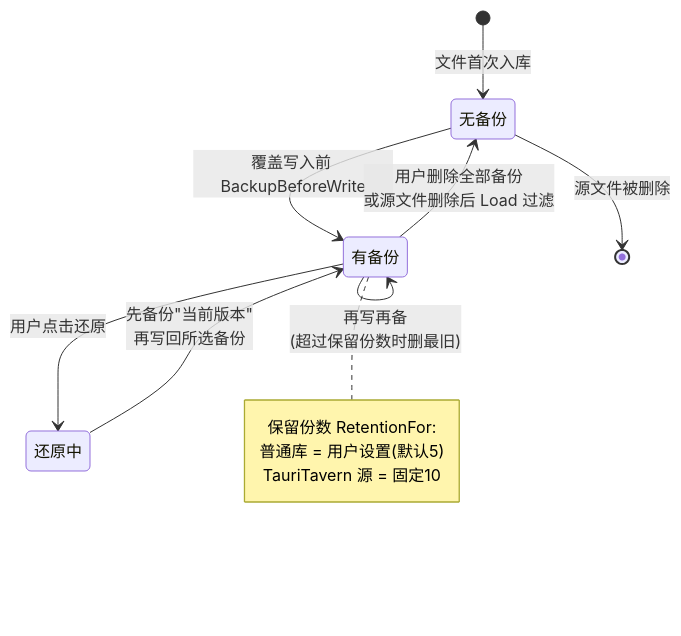
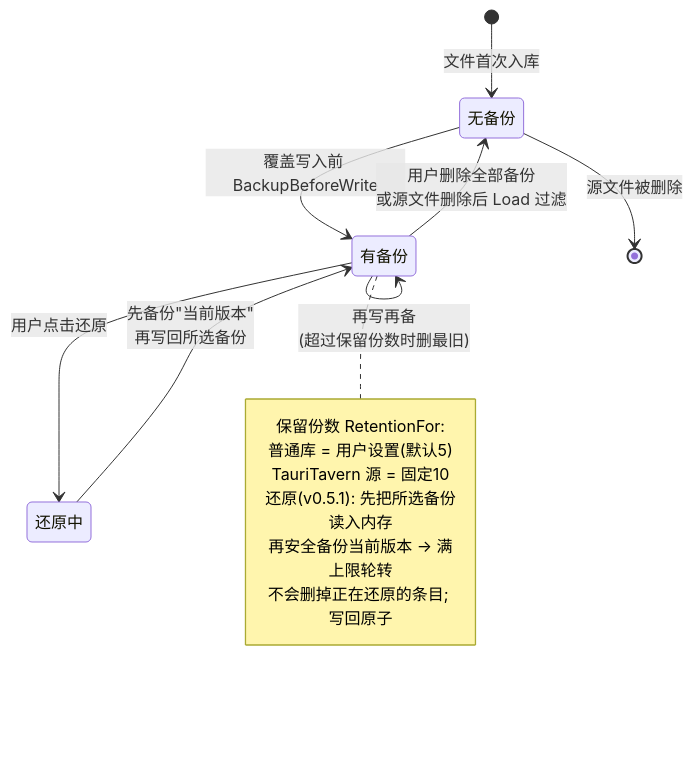
Before and after one commit to minekurs53-cmd/TavernVault: the fifth of 12 diagrams in docs/architecture-visualization.md, drawn with Mermaid. The commit also changed other lines of this file and 20 other files, not shown here.

````diff
--- a/docs/architecture-visualization.md
+++ b/docs/architecture-visualization.md
@@ -132,16 +135,19 @@
 ```mermaid
 stateDiagram-v2
     [*] --> 无备份: 文件首次入库
     无备份 --> 有备份: 覆盖写入前 BackupBeforeWrite
     有备份 --> 有备份: 再写再备<br/>(超过保留份数时删最旧)
     有备份 --> 还原中: 用户点击还原
     还原中 --> 有备份: 先备份"当前版本"<br/>再写回所选备份
     有备份 --> 无备份: 用户删除全部备份<br/>或源文件删除后 Load 过滤
     无备份 --> [*]: 源文件被删除
 
     note right of 有备份
         保留份数 RetentionFor:
         普通库 = 用户设置(默认5)
         TauriTavern 源 = 固定10
+        还原(v0.5.1): 先把所选备份读入内存
+        再安全备份当前版本 → 满上限轮转
+        不会删掉正在还原的条目; 写回原子
     end note
 ```
````
